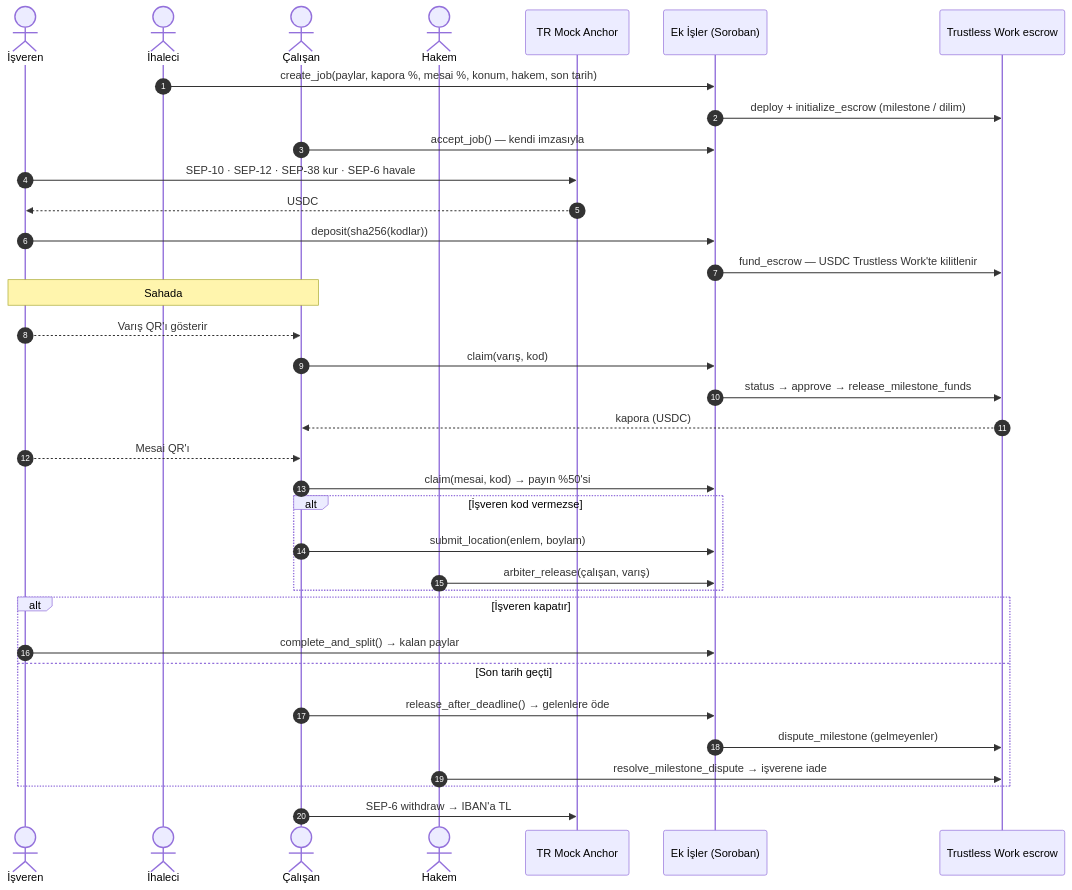
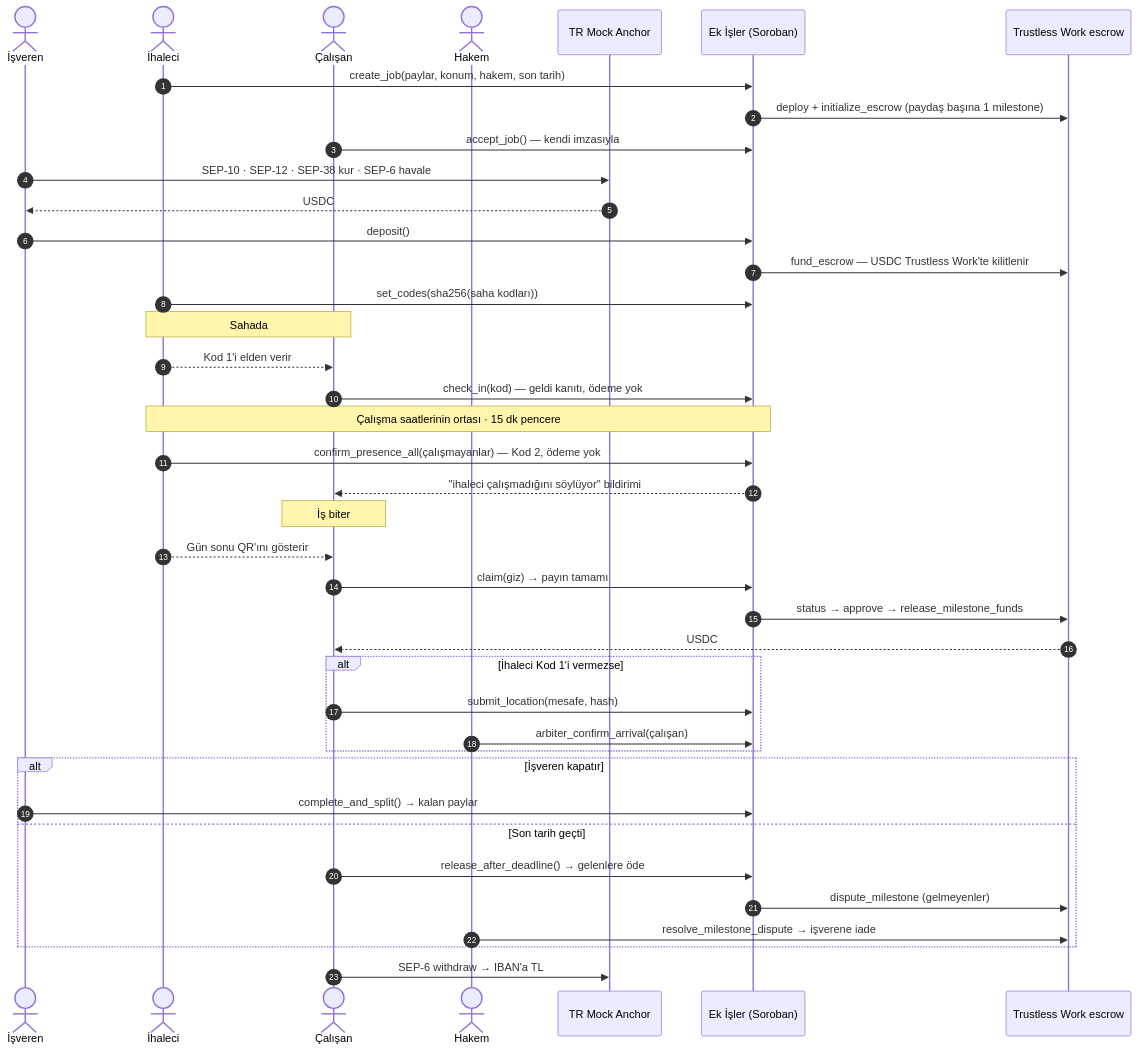
Before and after one commit to altunbaymirac/Ek-isler-stellar-hackathon: the first of 2 diagrams in README.md, drawn with Mermaid. The commit also changed other lines of this file and 13 other files, not shown here.

````diff
--- a/README.md
+++ b/README.md
@@ -73,41 +73,46 @@
 ```mermaid
 sequenceDiagram
     autonumber
     actor C as İşveren
     actor K as İhaleci
     actor W as Çalışan
     actor H as Hakem
     participant A as TR Mock Anchor
     participant SC as Ek İşler (Soroban)
     participant TW as Trustless Work escrow
 
-    K->>SC: create_job(paylar, kapora %, mesai %, konum, hakem, son tarih)
-    SC->>TW: deploy + initialize_escrow (milestone / dilim)
+    K->>SC: create_job(paylar, konum, hakem, son tarih)
+    SC->>TW: deploy + initialize_escrow (paydaş başına 1 milestone)
     W->>SC: accept_job() — kendi imzasıyla
     C->>A: SEP-10 · SEP-12 · SEP-38 kur · SEP-6 havale
     A-->>C: USDC
-    C->>SC: deposit(sha256(kodlar))
+    C->>SC: deposit()
     SC->>TW: fund_escrow — USDC Trustless Work'te kilitlenir
+    K->>SC: set_codes(sha256(saha kodları))
 
-    Note over C,W: Sahada
-    C-->>W: Varış QR'ı gösterir
-    W->>SC: claim(varış, kod)
+    Note over K,W: Sahada
+    K-->>W: Kod 1'i elden verir
+    W->>SC: check_in(kod) — geldi kanıtı, ödeme yok
+    Note over K,SC: Çalışma saatlerinin ortası · 15 dk pencere
+    K->>SC: confirm_presence_all(çalışmayanlar) — Kod 2, ödeme yok
+    SC-->>W: "ihaleci çalışmadığını söylüyor" bildirimi
+    Note over W: İş biter
+    K-->>W: Gün sonu QR'ını gösterir
+    W->>SC: claim(giz) → payın tamamı
     SC->>TW: status → approve → release_milestone_funds
-    TW-->>W: kapora (USDC)
-    C-->>W: Mesai QR'ı
-    W->>SC: claim(mesai, kod) → payın %50'si
+    TW-->>W: USDC
 
-    alt İşveren kod vermezse
-        W->>SC: submit_location(enlem, boylam)
-        H->>SC: arbiter_release(çalışan, varış)
+    alt İhaleci Kod 1'i vermezse
+        W->>SC: submit_location(mesafe, hash)
+        H->>SC: arbiter_confirm_arrival(çalışan)
     end
 
     alt İşveren kapatır
         C->>SC: complete_and_split() → kalan paylar
     else Son tarih geçti
         W->>SC: release_after_deadline() → gelenlere öde
         SC->>TW: dispute_milestone (gelmeyenler)
         H->>TW: resolve_milestone_dispute → işverene iade
     end
     W->>A: SEP-6 withdraw → IBAN'a TL
 ```
````
